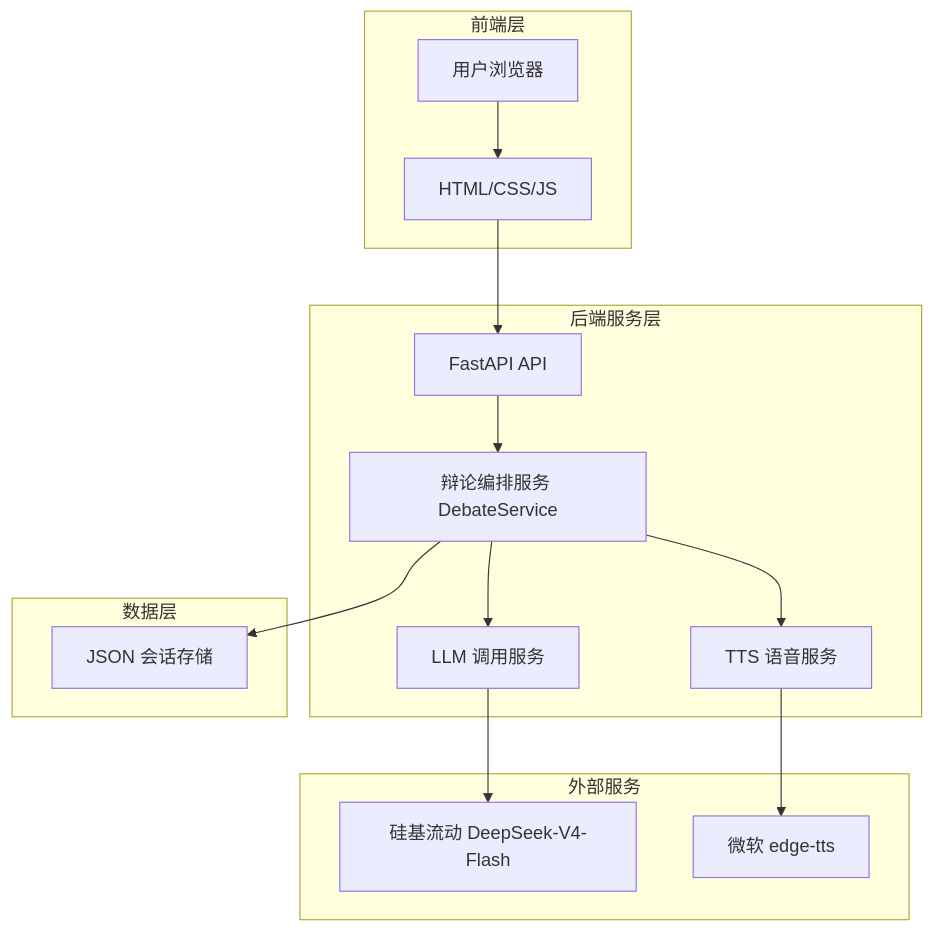
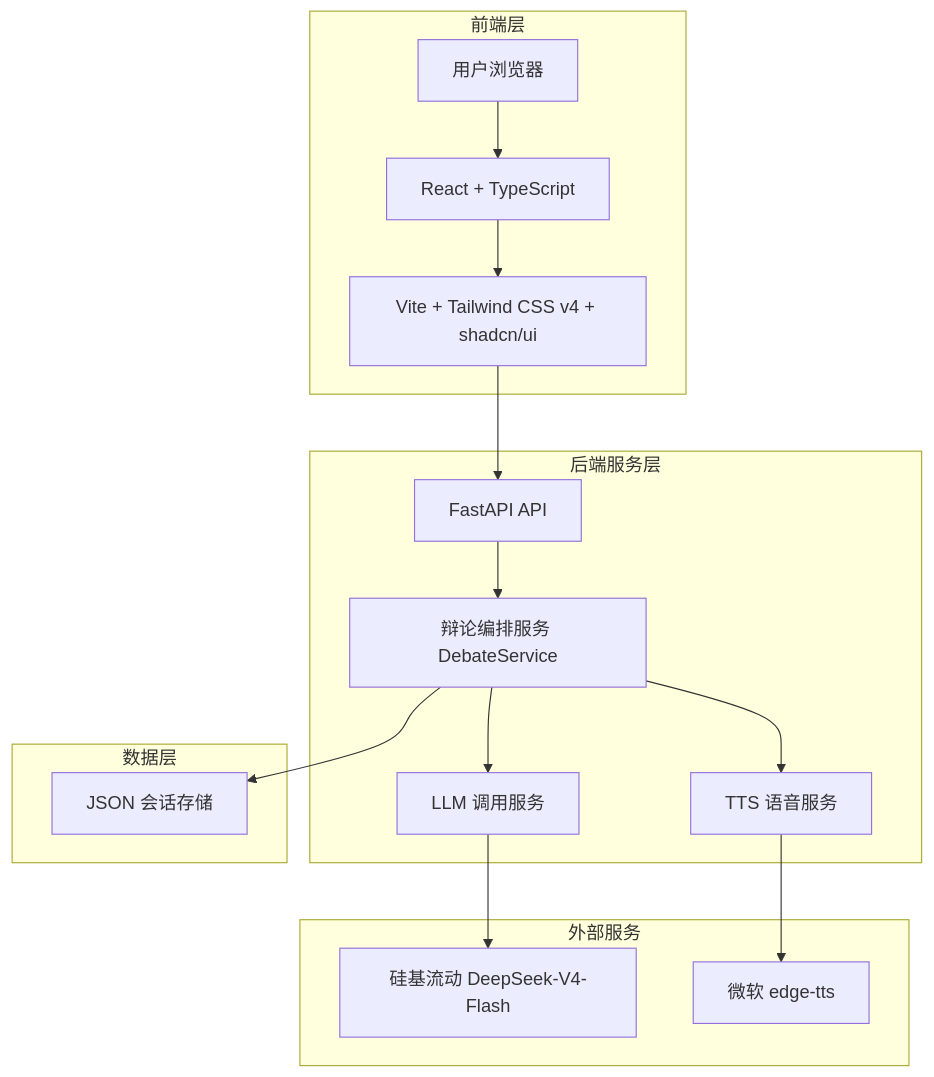
The diagram in README.md (wez798/cyber-foodie-debate), drawn with Mermaid before and after one commit. The commit also changed other lines of this file, not shown here.

````diff
--- a/README.md
+++ b/README.md
@@ -11,22 +11,23 @@
 ```mermaid
 graph TB
     subgraph 前端层
-        A[用户浏览器] --> B[HTML/CSS/JS]
+        A[用户浏览器] --> B[React + TypeScript]
+        B --> C[Vite + Tailwind CSS v4 + shadcn/ui]
     end
 
     subgraph 后端服务层
-        B --> C[FastAPI API]
-        C --> D[辩论编排服务 DebateService]
-        D --> E[LLM 调用服务]
-        D --> F[TTS 语音服务]
+        C --> D[FastAPI API]
+        D --> E[辩论编排服务 DebateService]
+        E --> F[LLM 调用服务]
+        E --> G[TTS 语音服务]
     end
 
     subgraph 外部服务
-        E --> G[硅基流动 DeepSeek-V4-Flash]
-        F --> H[微软 edge-tts]
+        F --> H[硅基流动 DeepSeek-V4-Flash]
+        G --> I[微软 edge-tts]
     end
 
     subgraph 数据层
-        D --> I[JSON 会话存储]
+        E --> J[JSON 会话存储]
     end
 ```
````
